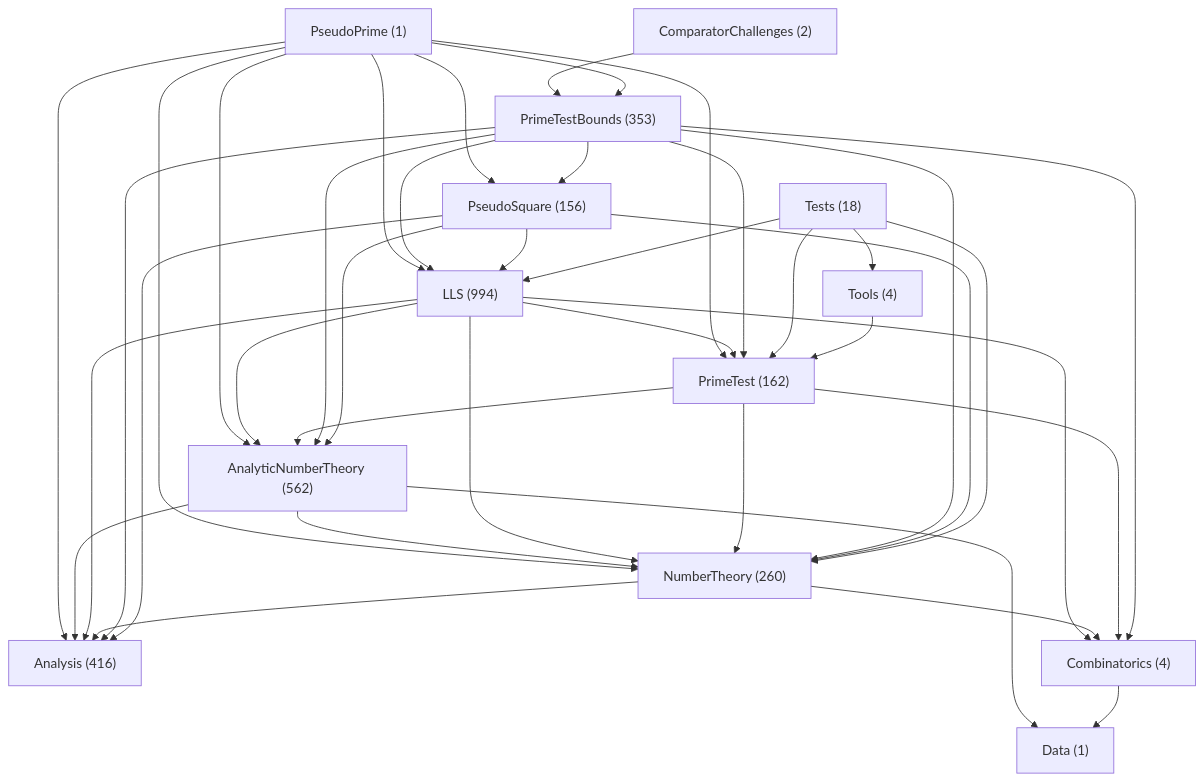
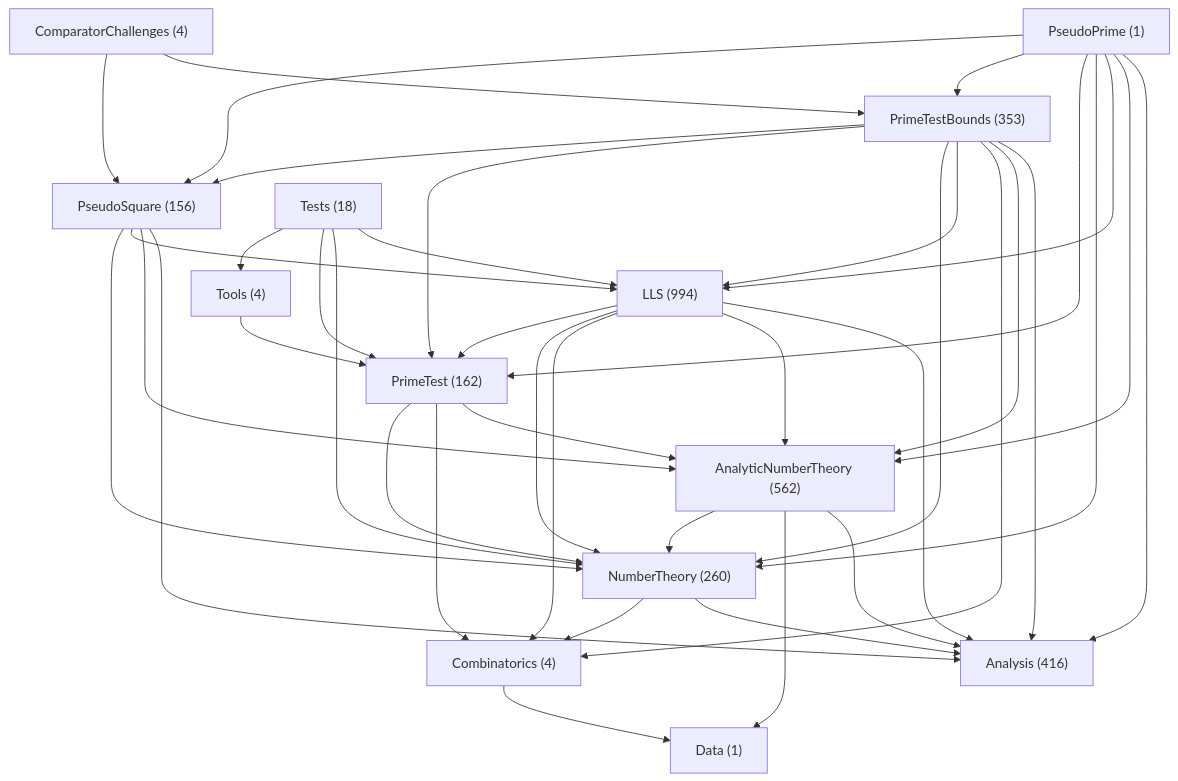
One commit to mizar/PseudoPrimeLean changed the diagram in doc/ReviewPolicy/generated/namespace-dependencies.md. Above: the diagram before and after it, drawn with Mermaid. The commit also changed other lines of this file and 3 other files, not shown here.

Commit message:
Add comparator challenges for quadratic witnesses

````diff
--- a/doc/ReviewPolicy/generated/namespace-dependencies.md
+++ b/doc/ReviewPolicy/generated/namespace-dependencies.md
@@ -8,54 +8,55 @@
 ```mermaid
 flowchart TD
-    N0["ComparatorChallenges (2)"]
+    N0["ComparatorChallenges (4)"]
     N1["PseudoPrime (1)"]
     N2["Analysis (416)"]
     N3["AnalyticNumberTheory (562)"]
     N4["Combinatorics (4)"]
     N5["Data (1)"]
     N6["LLS (994)"]
     N7["NumberTheory (260)"]
     N8["PrimeTest (162)"]
     N9["PrimeTestBounds (353)"]
     N10["PseudoSquare (156)"]
     N11["Tests (18)"]
     N12["Tools (4)"]
     N0 --> N9
+    N0 --> N10
     N1 --> N2
     N1 --> N3
     N1 --> N6
     N1 --> N7
     N1 --> N8
     N1 --> N9
     N1 --> N10
     N3 --> N2
     N3 --> N5
     N3 --> N7
     N4 --> N5
     N6 --> N2
     N6 --> N3
     N6 --> N4
     N6 --> N7
     N6 --> N8
     N7 --> N2
     N7 --> N4
     N8 --> N3
     N8 --> N4
     N8 --> N7
     N9 --> N2
     N9 --> N3
     N9 --> N4
     N9 --> N6
     N9 --> N7
     N9 --> N8
     N9 --> N10
     N10 --> N2
     N10 --> N3
     N10 --> N6
     N10 --> N7
     N11 --> N6
     N11 --> N7
     N11 --> N8
     N11 --> N12
     N12 --> N8
 ```
````
